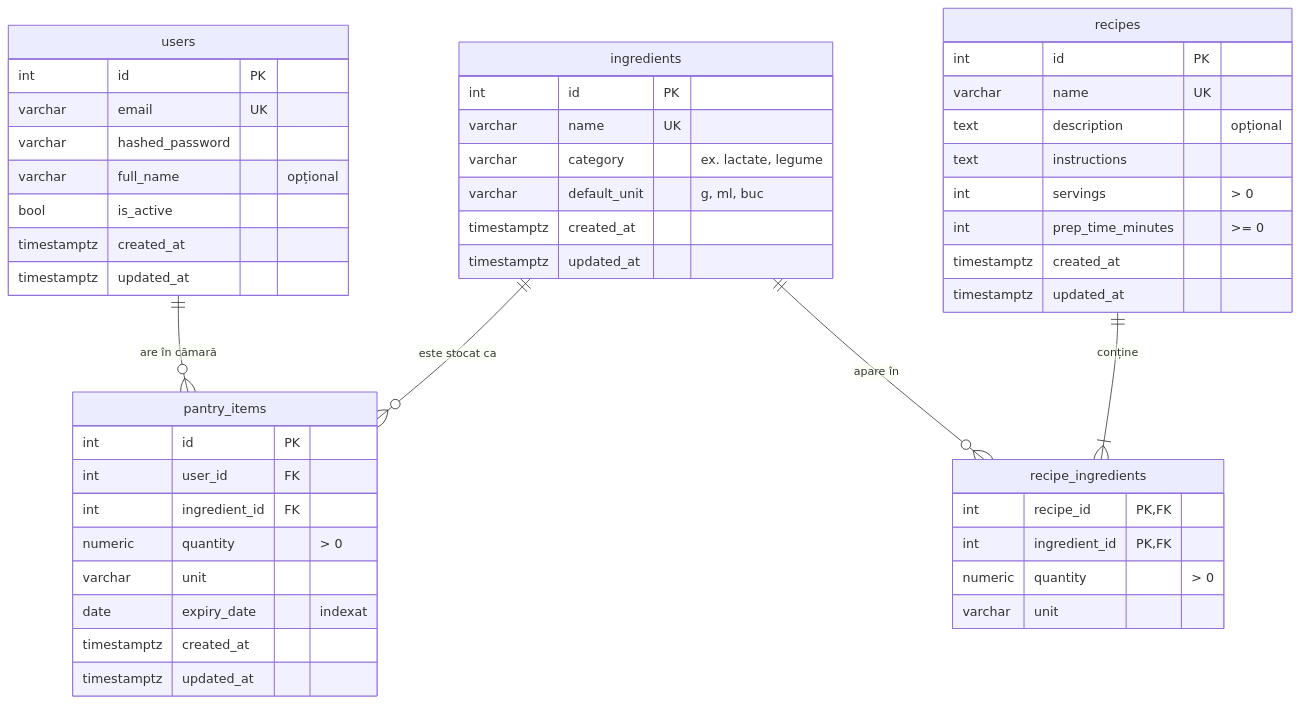
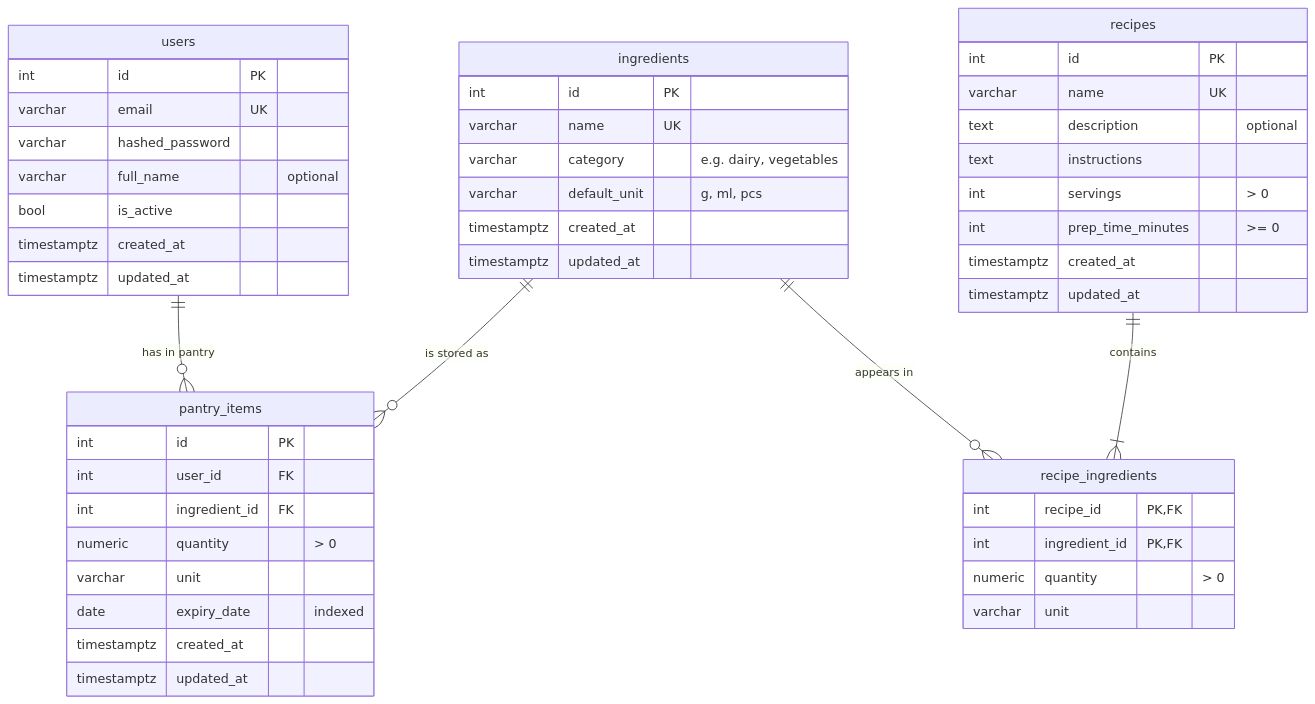
The diagram in docs/ERD.md (Keren-dotcom/ZeroRisipa), drawn with Mermaid before and after one commit. The commit also changed other lines of this file and 33 other files, not shown here.

````diff
--- a/docs/ERD.md
+++ b/docs/ERD.md
@@ -5,55 +5,55 @@
 ```mermaid
 erDiagram
-    users ||--o{ pantry_items : "are în cămară"
-    ingredients ||--o{ pantry_items : "este stocat ca"
-    recipes ||--|{ recipe_ingredients : "conține"
-    ingredients ||--o{ recipe_ingredients : "apare în"
+    users ||--o{ pantry_items : "has in pantry"
+    ingredients ||--o{ pantry_items : "is stored as"
+    recipes ||--|{ recipe_ingredients : "contains"
+    ingredients ||--o{ recipe_ingredients : "appears in"
 
     users {
         int id PK
         varchar email UK
         varchar hashed_password
-        varchar full_name "opțional"
+        varchar full_name "optional"
         bool is_active
         timestamptz created_at
         timestamptz updated_at
     }
 
     ingredients {
         int id PK
         varchar name UK
-        varchar category "ex. lactate, legume"
-        varchar default_unit "g, ml, buc"
+        varchar category "e.g. dairy, vegetables"
+        varchar default_unit "g, ml, pcs"
         timestamptz created_at
         timestamptz updated_at
     }
 
     pantry_items {
         int id PK
         int user_id FK
         int ingredient_id FK
         numeric quantity "> 0"
         varchar unit
-        date expiry_date "indexat"
+        date expiry_date "indexed"
         timestamptz created_at
         timestamptz updated_at
     }
 
     recipes {
         int id PK
         varchar name UK
-        text description "opțional"
+        text description "optional"
         text instructions
         int servings "> 0"
         int prep_time_minutes ">= 0"
         timestamptz created_at
         timestamptz updated_at
     }
 
     recipe_ingredients {
         int recipe_id PK,FK
         int ingredient_id PK,FK
         numeric quantity "> 0"
         varchar unit
     }
 ```
````
